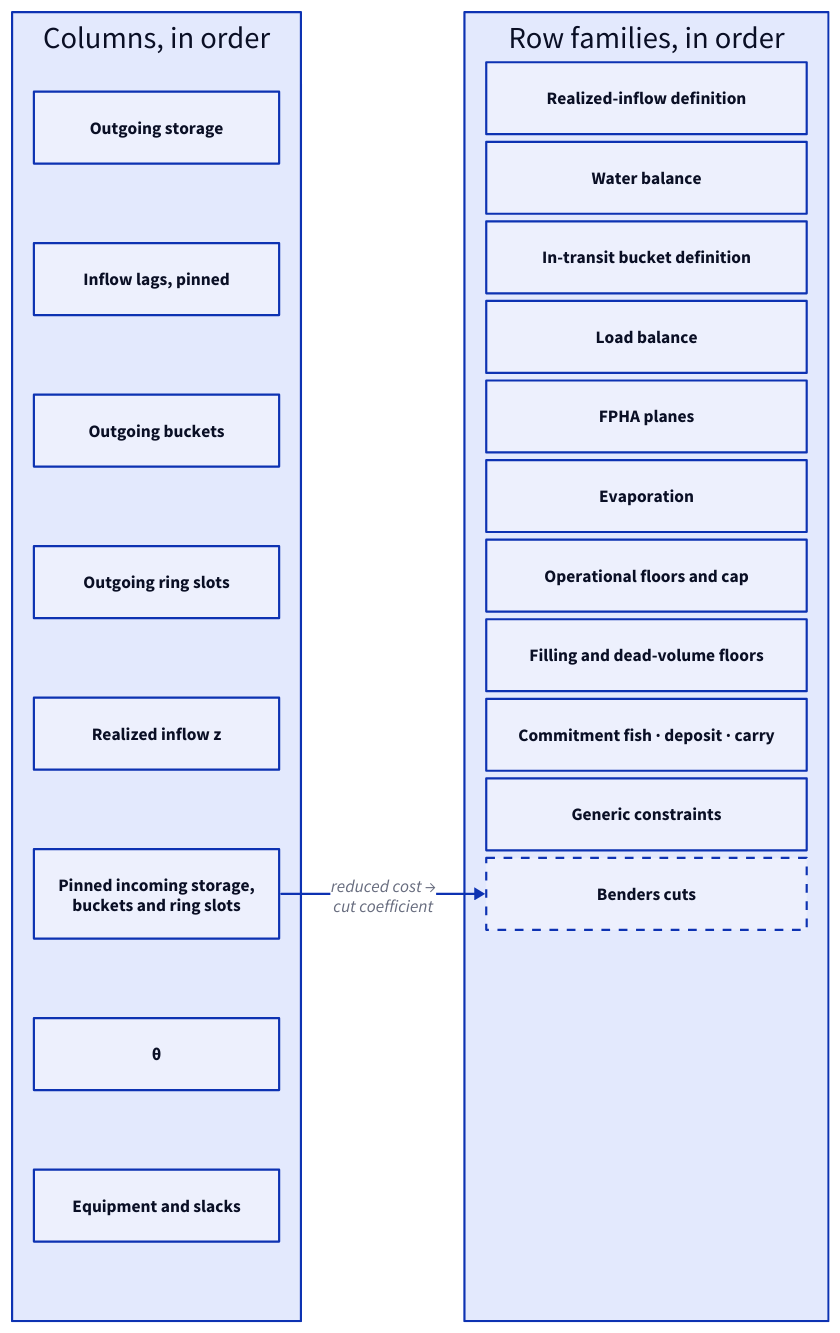
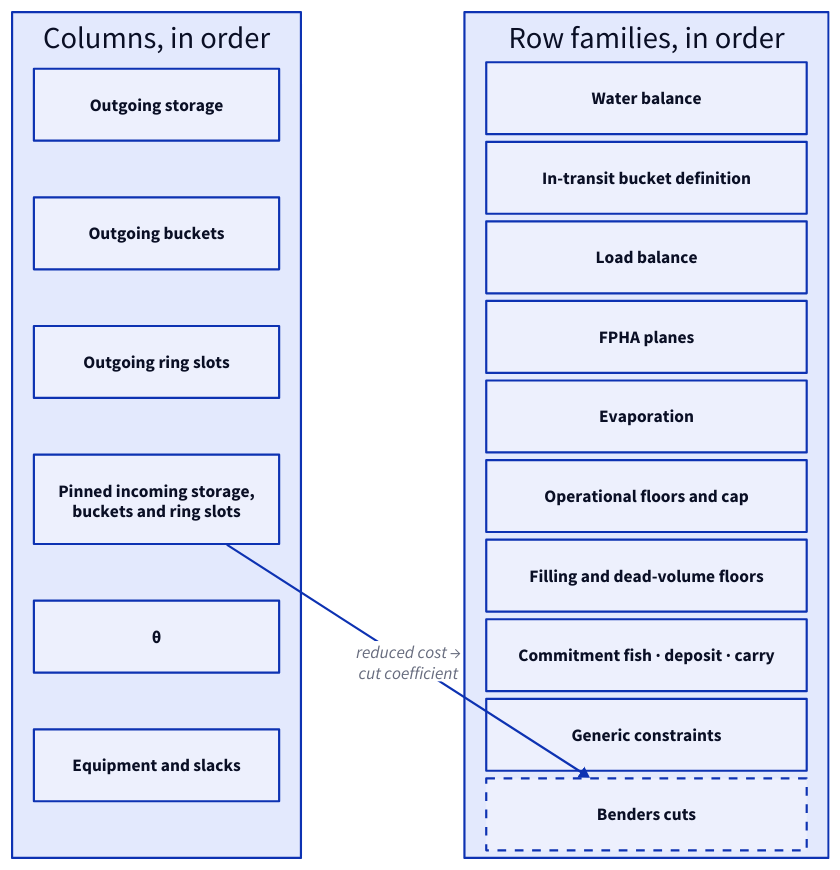
Before and after one commit to ons-ccee-epe/novomodelo-docs: the diagram in src/content/docs/math/lp-layout-and-scaling.md, drawn with D2. The commit also changed other lines of this file and 31 other files, not shown here.

````diff
--- a/src/content/docs/math/lp-layout-and-scaling.md
+++ b/src/content/docs/math/lp-layout-and-scaling.md
@@ -16,37 +16,34 @@
 ```d2
 grid-columns: 2
 horizontal-gap: 150
 
 columns: "Columns, in order" {
   grid-columns: 1
   horizontal-gap: 20
-  vertical-gap: 73
+  vertical-gap: 52
   st_out: "Outgoing storage"
-  lag_in: "Inflow lags, pinned"
   bk_out: "Outgoing buckets"
   rs_out: "Outgoing ring slots"
-  z_col: "Realized inflow z"
   pin_in: "Pinned incoming storage,\nbuckets and ring slots"
   th_col: "θ"
   eq_col: "Equipment and slacks"
 }
 
 rows: "Row families, in order" {
   grid-columns: 1
   horizontal-gap: 20
   vertical-gap: 7
-  zi: "Realized-inflow definition"
   wb: "Water balance"
   bd: "In-transit bucket definition"
   lb: "Load balance"
   fp: "FPHA planes"
   ev: "Evaporation"
   op: "Operational floors and cap"
   fl: "Filling and dead-volume floors"
   cm: "Commitment fish · deposit · carry"
   gc: "Generic constraints"
   bc: "Benders cuts" {style.stroke-dash: 4}
 }
 
 columns.pin_in -> rows.bc: "reduced cost →\ncut coefficient"
 ```
````
